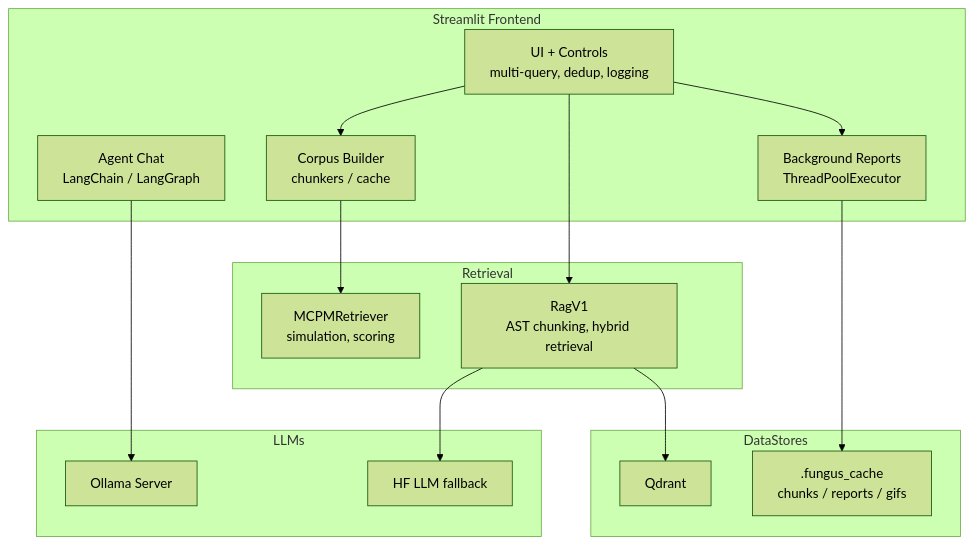
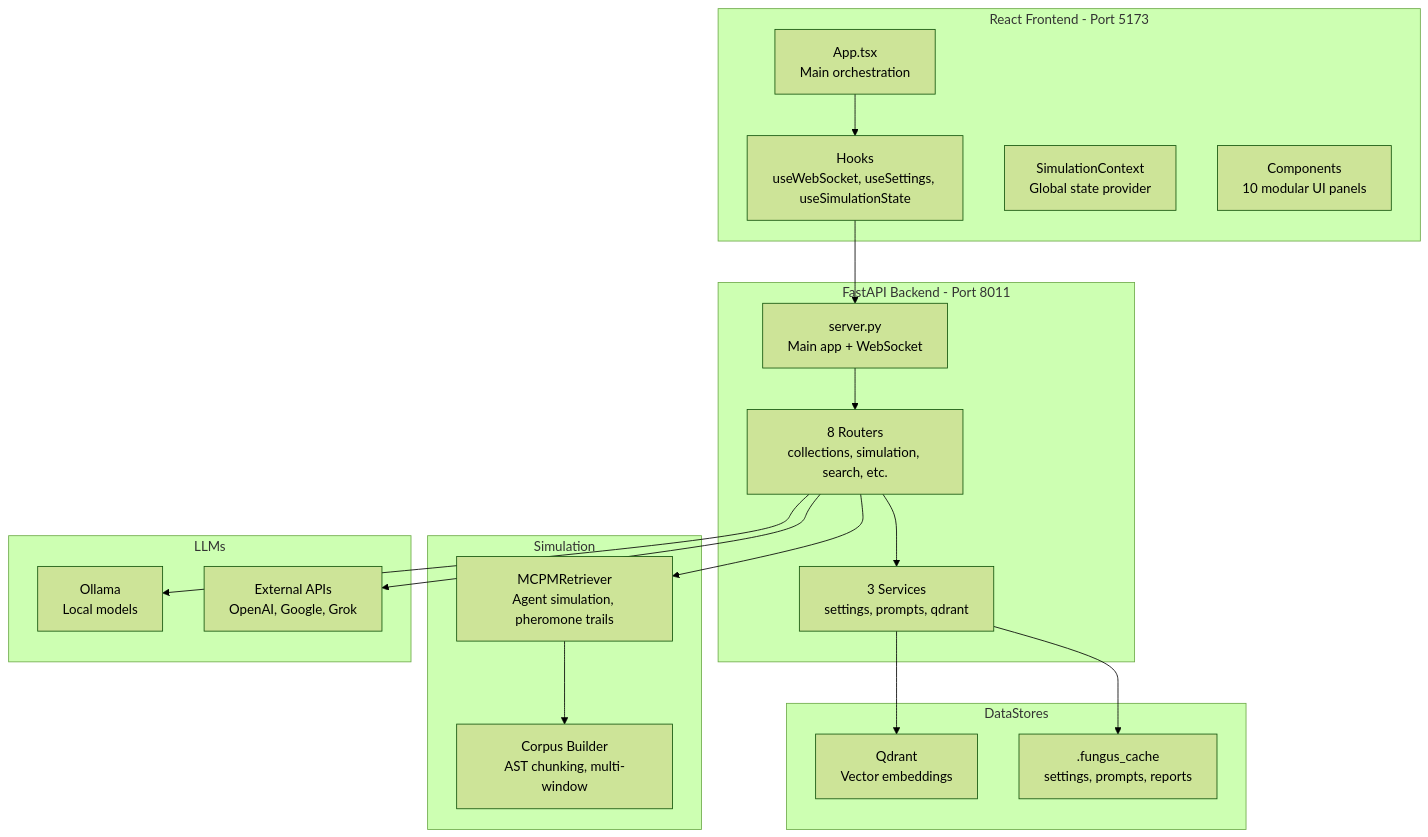
Before and after one commit to Flissel/la_fungus_search: the second of 3 diagrams in docs/ARCHITECTURE.md, drawn with Mermaid (forest theme). The commit also changed other lines of this file and 55 other files, not shown here.

First line of the commit message:
feat: Implement LangChain Memory Agent for progressive learning

````diff
--- a/docs/ARCHITECTURE.md
+++ b/docs/ARCHITECTURE.md
@@ -23,33 +41,38 @@
 ```mermaid
 graph TB
-  subgraph Frontend [Streamlit Frontend]
-    UI[UI + Controls<br/>multi-query, dedup, logging]
-    AG[Agent Chat<br/>LangChain / LangGraph]
-    CORP[Corpus Builder<br/>chunkers / cache]
-    BG[Background Reports<br/>ThreadPoolExecutor]
+  subgraph Frontend [React Frontend - Port 5173]
+    UI[App.tsx<br/>Main orchestration]
+    Hooks[Hooks<br/>useWebSocket, useSettings, useSimulationState]
+    Context[SimulationContext<br/>Global state provider]
+    Components[Components<br/>10 modular UI panels]
   end
 
-  subgraph Retrieval
-    MCMP[MCPMRetriever<br/>simulation, scoring]
-    RAG[RagV1<br/>AST chunking, hybrid retrieval]
+  subgraph Backend [FastAPI Backend - Port 8011]
+    Server[server.py<br/>Main app + WebSocket]
+    Routers[8 Routers<br/>collections, simulation, search, etc.]
+    Services[3 Services<br/>settings, prompts, qdrant]
   end
 
-  %% Services section removed (API deleted)
+  subgraph Simulation
+    MCMP[MCPMRetriever<br/>Agent simulation, pheromone trails]
+    Corpus[Corpus Builder<br/>AST chunking, multi-window]
+  end
 
   subgraph DataStores
-    Q[Qdrant]
-    C[.fungus_cache<br/>chunks / reports / gifs]
+    Q[Qdrant<br/>Vector embeddings]
+    C[.fungus_cache<br/>settings, prompts, reports]
   end
 
   subgraph LLMs
-    OLL[Ollama Server]
-    HFL[HF LLM fallback]
+    OLL[Ollama<br/>Local models]
+    EXT[External APIs<br/>OpenAI, Google, Grok]
   end
 
-  UI --> CORP --> MCMP
-  UI --> RAG --> Q
-  AG --> OLL
-  RAG --> HFL
-  UI --> BG --> C
-  %% API links removed
+  UI --> Hooks --> Server
+  Server --> Routers --> Services
+  Routers --> MCMP --> Corpus
+  Services --> Q
+  Services --> C
+  Routers --> OLL
+  Routers --> EXT
 ```
````
